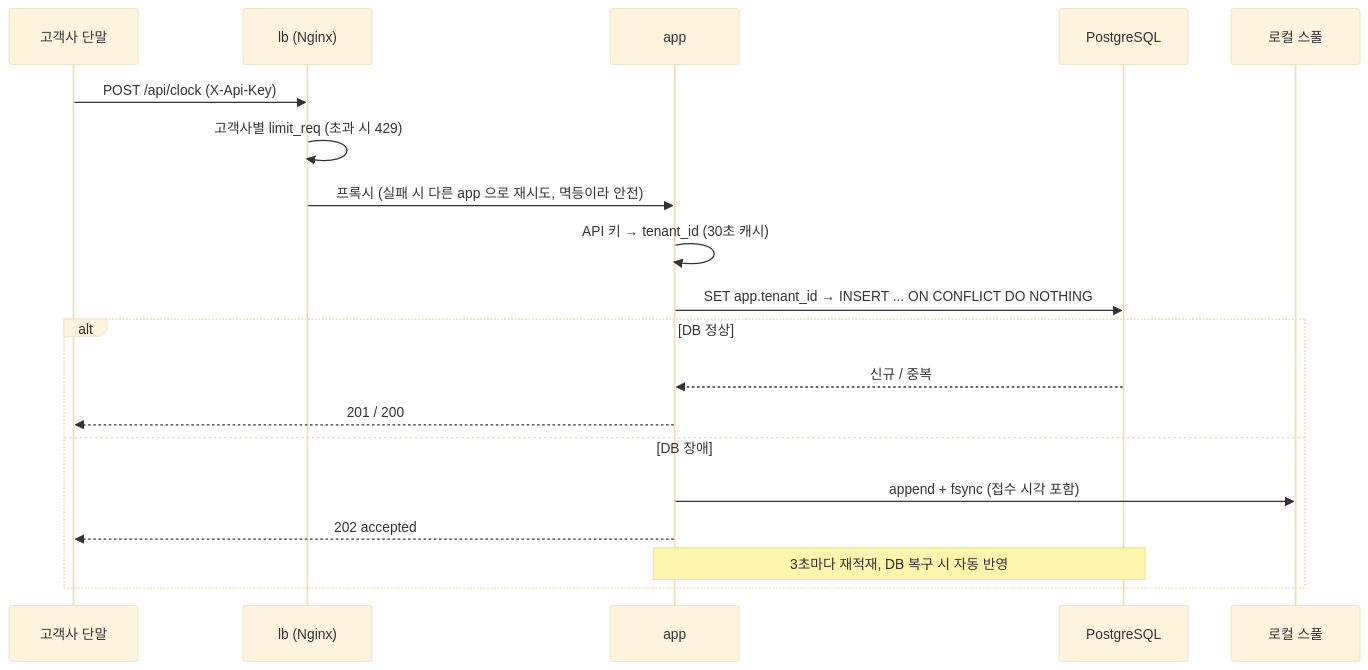
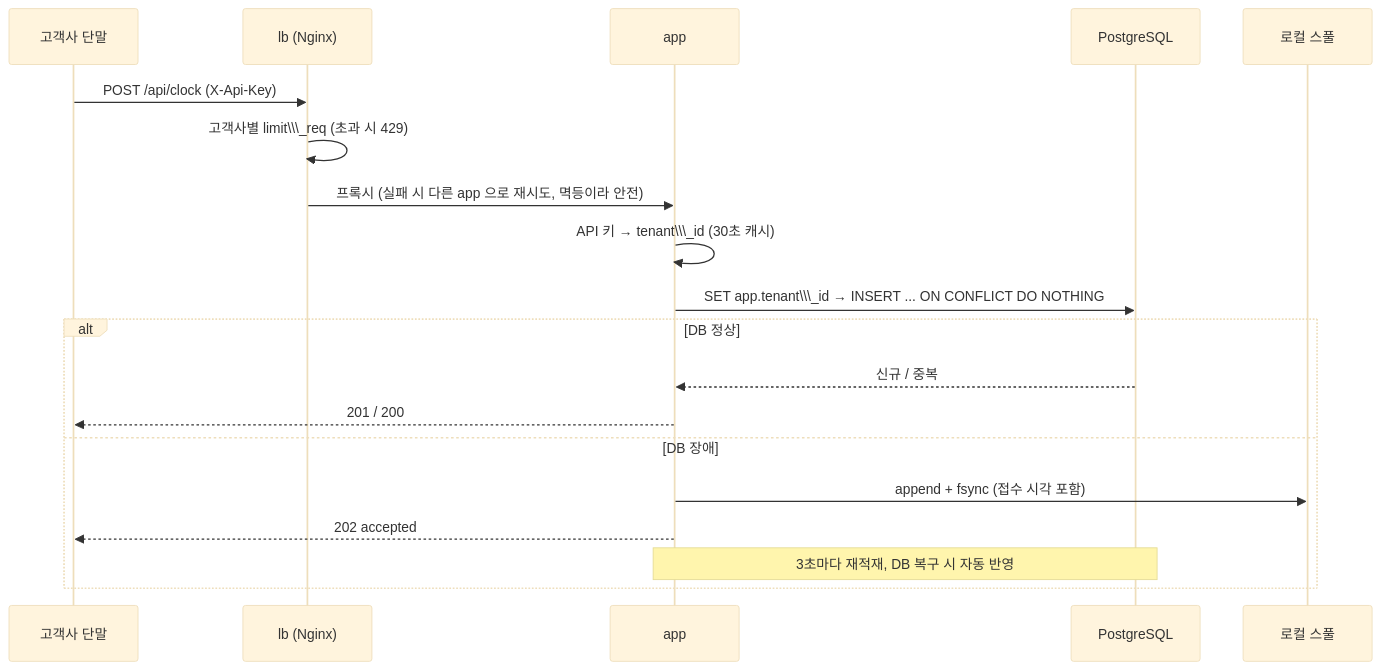
One commit to wsmaango/att-final changed the second of 2 diagrams in docs/REPORT.md. Above: the diagram before and after it, drawn with Mermaid (base theme). The commit also changed other lines of this file, not shown here.

````diff
--- a/docs/REPORT.md
+++ b/docs/REPORT.md
@@ -85,21 +89,21 @@
 ```mermaid
 sequenceDiagram
   participant U as 고객사 단말
   participant L as lb (Nginx)
   participant A as app
   participant P as PostgreSQL
   participant S as 로컬 스풀
   U->>L: POST /api/clock (X-Api-Key)
-  L->>L: 고객사별 limit_req (초과 시 429)
+  L->>L: 고객사별 limit\\\_req (초과 시 429)
   L->>A: 프록시 (실패 시 다른 app 으로 재시도, 멱등이라 안전)
-  A->>A: API 키 → tenant_id (30초 캐시)
-  A->>P: SET app.tenant_id → INSERT ... ON CONFLICT DO NOTHING
+  A->>A: API 키 → tenant\\\_id (30초 캐시)
+  A->>P: SET app.tenant\\\_id → INSERT ... ON CONFLICT DO NOTHING
   alt DB 정상
     P-->>A: 신규 / 중복
     A-->>U: 201 / 200
   else DB 장애
     A->>S: append + fsync (접수 시각 포함)
     A-->>U: 202 accepted
     Note over A,P: 3초마다 재적재, DB 복구 시 자동 반영
   end
 ```
````
